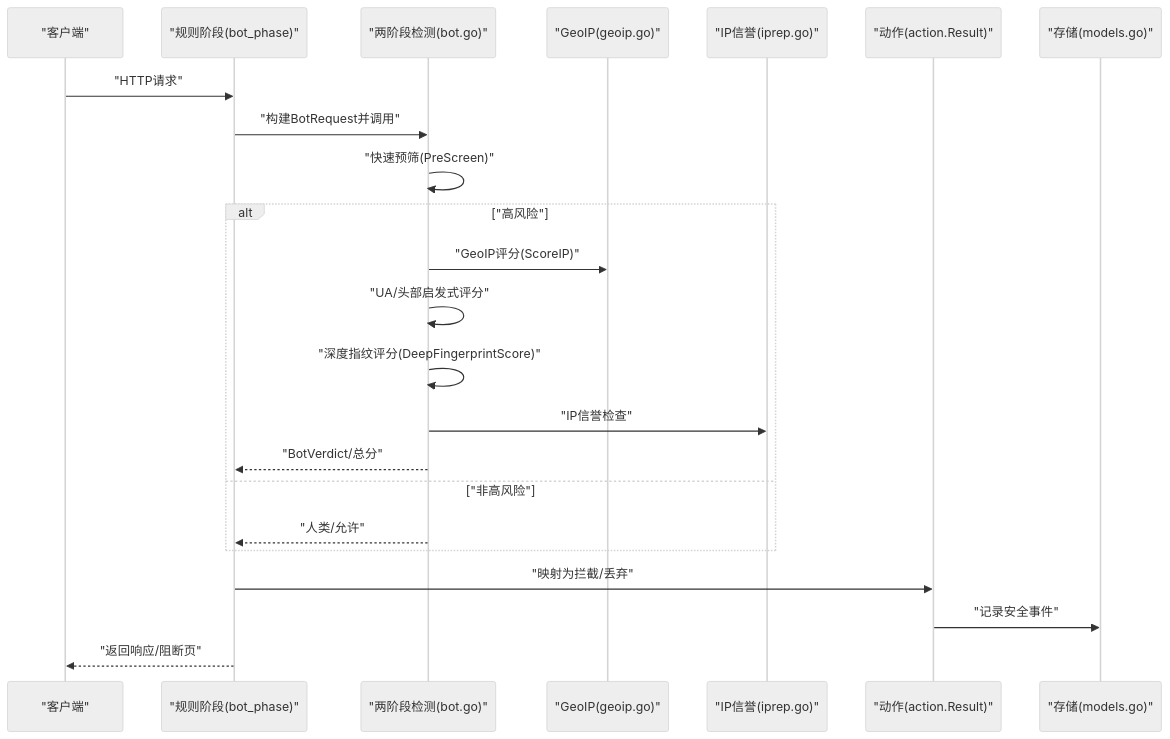
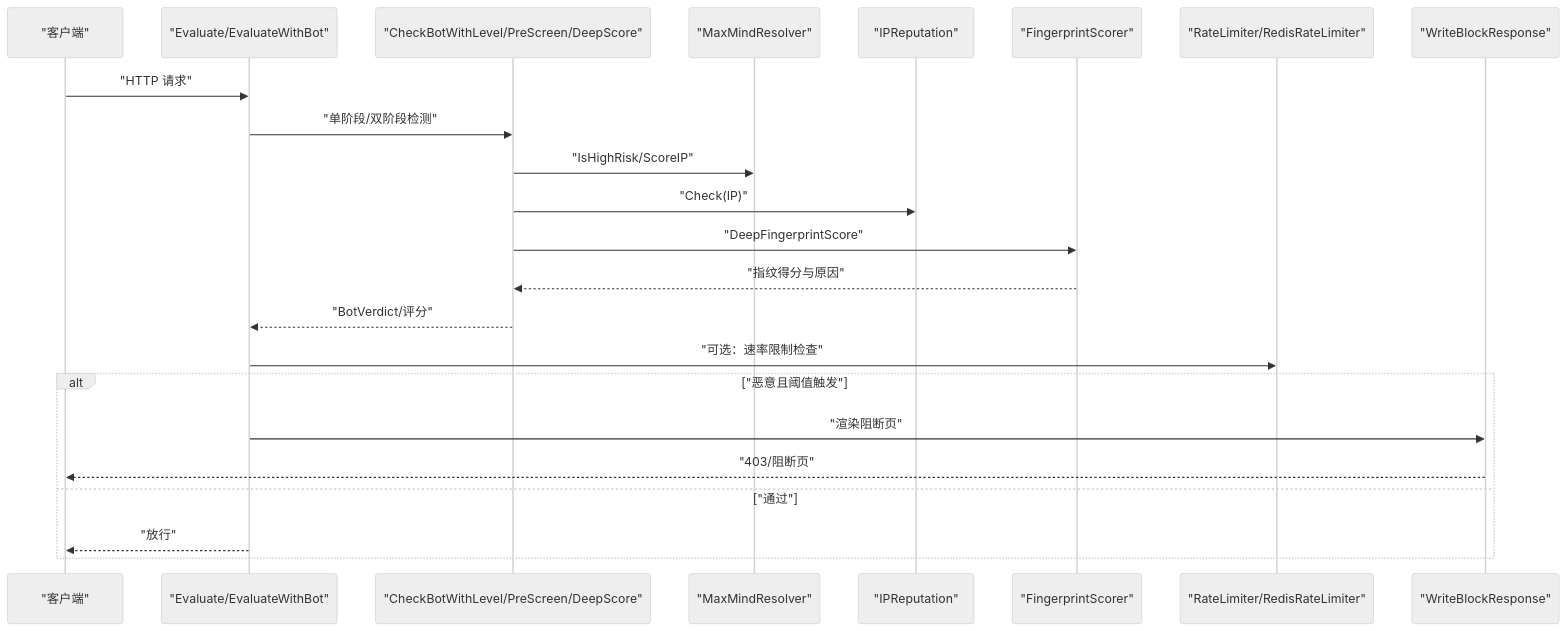
The second of 6 diagrams in docs/WAF 引擎系统/处理阶段详解/机器人检测阶段.md (x01n/My-OpenWaf), drawn with Mermaid (neutral theme) before and after one commit. The commit also changed other lines of this file and 199 other files, not shown here.

````diff
--- a/docs/WAF 引擎系统/处理阶段详解/机器人检测阶段.md
+++ b/docs/WAF 引擎系统/处理阶段详解/机器人检测阶段.md
@@ -134,25 +103,25 @@
 ```mermaid
 sequenceDiagram
 participant Client as "客户端"
-participant Pipeline as "规则阶段(bot_phase)"
-participant Bot as "两阶段检测(bot.go)"
-participant Geo as "GeoIP(geoip.go)"
-participant Rep as "IP信誉(iprep.go)"
-participant Act as "动作(action.Result)"
-participant Store as "存储(models.go)"
-Client->>Pipeline : "HTTP请求"
-Pipeline->>Bot : "构建BotRequest并调用"
-Bot->>Bot : "快速预筛(PreScreen)"
-alt "高风险"
-Bot->>Geo : "GeoIP评分(ScoreIP)"
-Bot->>Bot : "UA/头部启发式评分"
-Bot->>Bot : "深度指纹评分(DeepFingerprintScore)"
-Bot->>Rep : "IP信誉检查"
-Bot-->>Pipeline : "BotVerdict/总分"
-else "非高风险"
-Bot-->>Pipeline : "人类/允许"
+participant Eval as "Evaluate/EvaluateWithBot"
+participant Bot as "CheckBotWithLevel/PreScreen/DeepScore"
+participant Geo as "MaxMindResolver"
+participant Rep as "IPReputation"
+participant FP as "FingerprintScorer"
+participant RL as "RateLimiter/RedisRateLimiter"
+participant Block as "WriteBlockResponse"
+Client->>Eval : "HTTP 请求"
+Eval->>Bot : "单阶段/双阶段检测"
+Bot->>Geo : "IsHighRisk/ScoreIP"
+Bot->>Rep : "Check(IP)"
+Bot->>FP : "DeepFingerprintScore"
+FP-->>Bot : "指纹得分与原因"
+Bot-->>Eval : "BotVerdict/评分"
+Eval->>RL : "可选：速率限制检查"
+alt "恶意且阈值触发"
+Eval->>Block : "渲染阻断页"
+Block-->>Client : "403/阻断页"
+else "通过"
+Eval-->>Client : "放行"
 end
-Pipeline->>Act : "映射为拦截/丢弃"
-Act->>Store : "记录安全事件"
-Pipeline-->>Client : "返回响应/阻断页"
 ```
````
